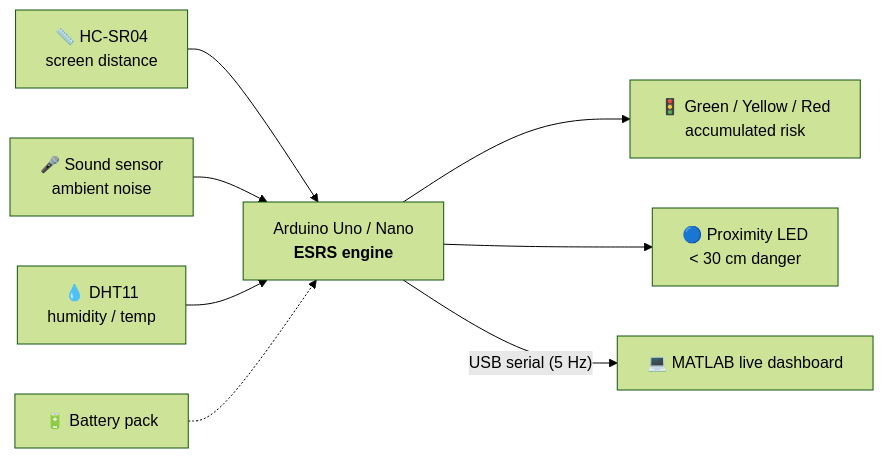
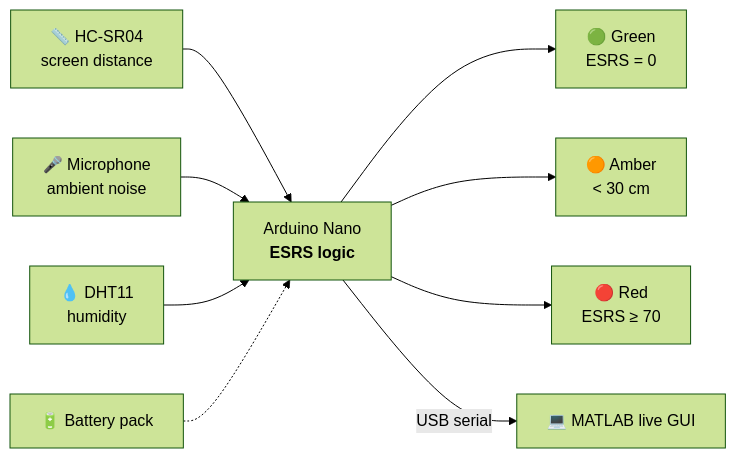
The diagram in README.md (KooCeL/EyeMaxxer), drawn with Mermaid (forest theme) before and after one commit. The commit also changed other lines of this file and 27 other files, not shown here.

````diff
--- a/README.md
+++ b/README.md
@@ -49,10 +55,11 @@
 ```mermaid
 flowchart LR
     US["📏 HC-SR04<br/>screen distance"] --> MCU
-    MIC["🎤 Sound sensor<br/>ambient noise"] --> MCU
-    DHT["💧 DHT11<br/>humidity / temp"] --> MCU
-    MCU["Arduino Uno / Nano<br/><b>ESRS engine</b>"] --> LED["🚦 Green / Yellow / Red<br/>accumulated risk"]
-    MCU --> PROX["🔵 Proximity LED<br/>&lt; 30 cm danger"]
-    MCU -- "USB serial (5 Hz)" --> UI["💻 MATLAB live dashboard"]
+    MIC["🎤 Microphone<br/>ambient noise"] --> MCU
+    DHT["💧 DHT11<br/>humidity"] --> MCU
+    MCU["Arduino Nano<br/><b>ESRS logic</b>"] --> G["🟢 Green<br/>ESRS = 0"]
+    MCU --> A["🟠 Amber<br/>&lt; 30 cm"]
+    MCU --> R["🔴 Red<br/>ESRS ≥ 70"]
+    MCU -- "USB serial" --> UI["💻 MATLAB live GUI"]
     BAT["🔋 Battery pack"] -.-> MCU
 ```
````
